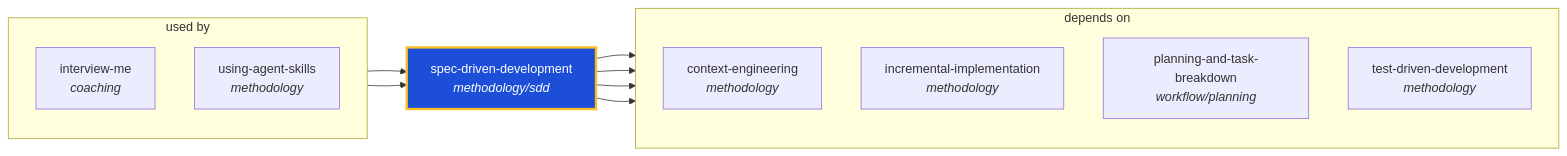
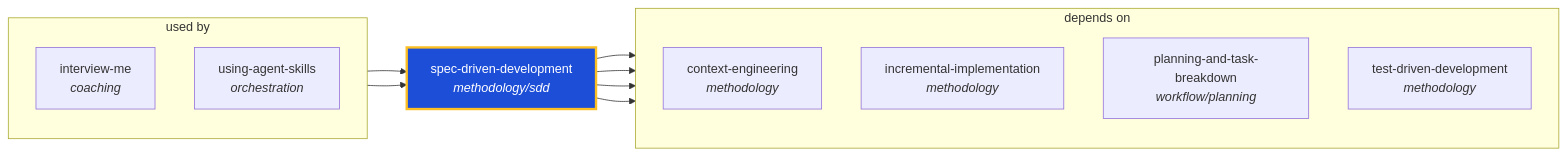
The diagram in docs/graphs/generated/spec-driven-development.md (ThePlenkov/skills), drawn with Mermaid before and after one commit. The commit also changed 76 other files, not shown here.

````diff
--- a/docs/graphs/generated/spec-driven-development.md
+++ b/docs/graphs/generated/spec-driven-development.md
@@ -22,26 +22,26 @@
 ```mermaid
 graph LR
   spec_driven_development["spec-driven-development<br/><i>methodology/sdd</i>"]
   classDef center fill:#1d4ed8,stroke:#fbbf24,stroke-width:3px,color:#fff
   class spec_driven_development center
 
   subgraph sg_used_by["used by"]
     direction TB
     interview_me["interview-me<br/><i>coaching</i>"]
-    using_agent_skills["using-agent-skills<br/><i>methodology</i>"]
+    using_agent_skills["using-agent-skills<br/><i>orchestration</i>"]
   end
   interview_me --> spec_driven_development
   using_agent_skills --> spec_driven_development
 
   subgraph sg_depends_on["depends on"]
     direction TB
     context_engineering["context-engineering<br/><i>methodology</i>"]
     incremental_implementation["incremental-implementation<br/><i>methodology</i>"]
     planning_and_task_breakdown["planning-and-task-breakdown<br/><i>workflow/planning</i>"]
     test_driven_development["test-driven-development<br/><i>methodology</i>"]
   end
   spec_driven_development --> context_engineering
   spec_driven_development --> incremental_implementation
   spec_driven_development --> planning_and_task_breakdown
   spec_driven_development --> test_driven_development
 ```
````
